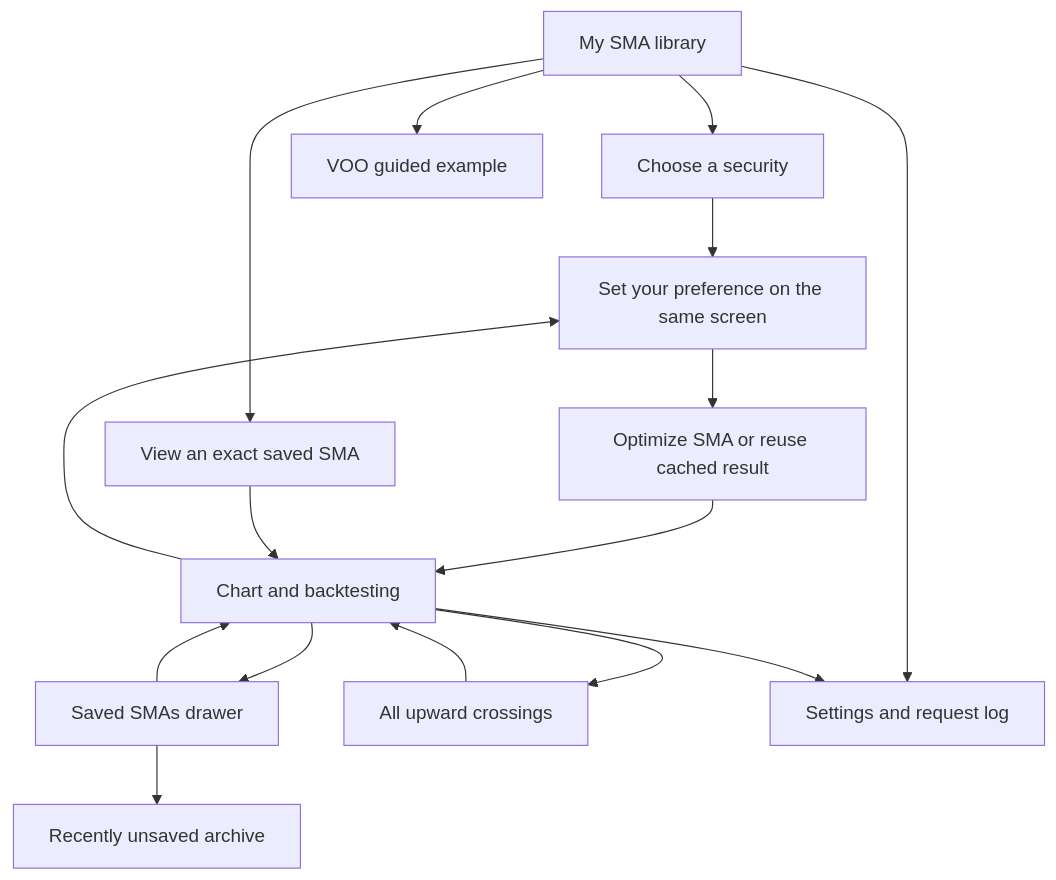
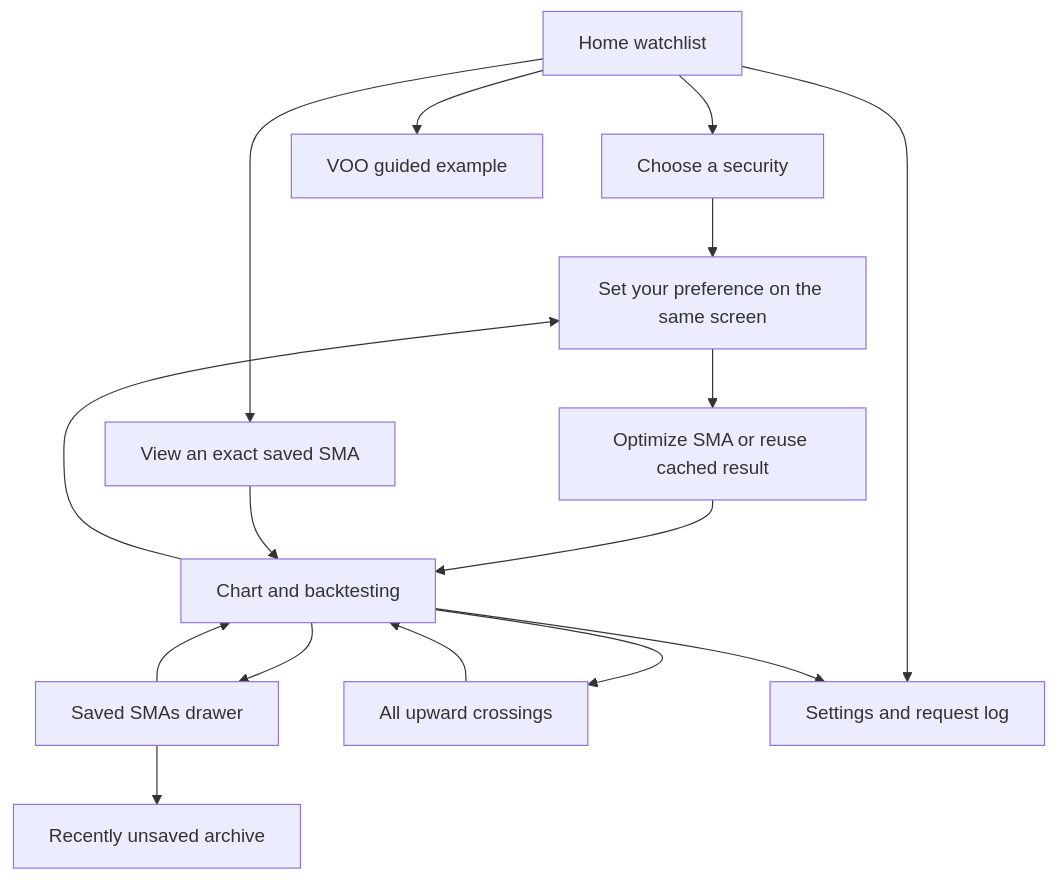
One commit to thewongphoto/SMA-indictor changed the diagram in APP_SUMMARY.md. Above: the diagram before and after it, drawn with Mermaid. The commit also changed other lines of this file and 145 other files, not shown here.

````diff
--- a/APP_SUMMARY.md
+++ b/APP_SUMMARY.md
@@ -68,18 +68,18 @@
 ```mermaid
 flowchart TD
-    L[My SMA library] --> N[Choose a security]
+    L[Home watchlist] --> N[Choose a security]
     N --> P[Set your preference on the same screen]
     P --> O[Optimize SMA or reuse cached result]
     O --> C[Chart and backtesting]
     L --> V[View an exact saved SMA]
     V --> C
     L --> G[VOO guided example]
     C --> P
     C --> D[Saved SMAs drawer]
     D --> C
     C --> X[All upward crossings]
     X --> C
     L --> S[Settings and request log]
     C --> S
     D --> A[Recently unsaved archive]
 ```
````
